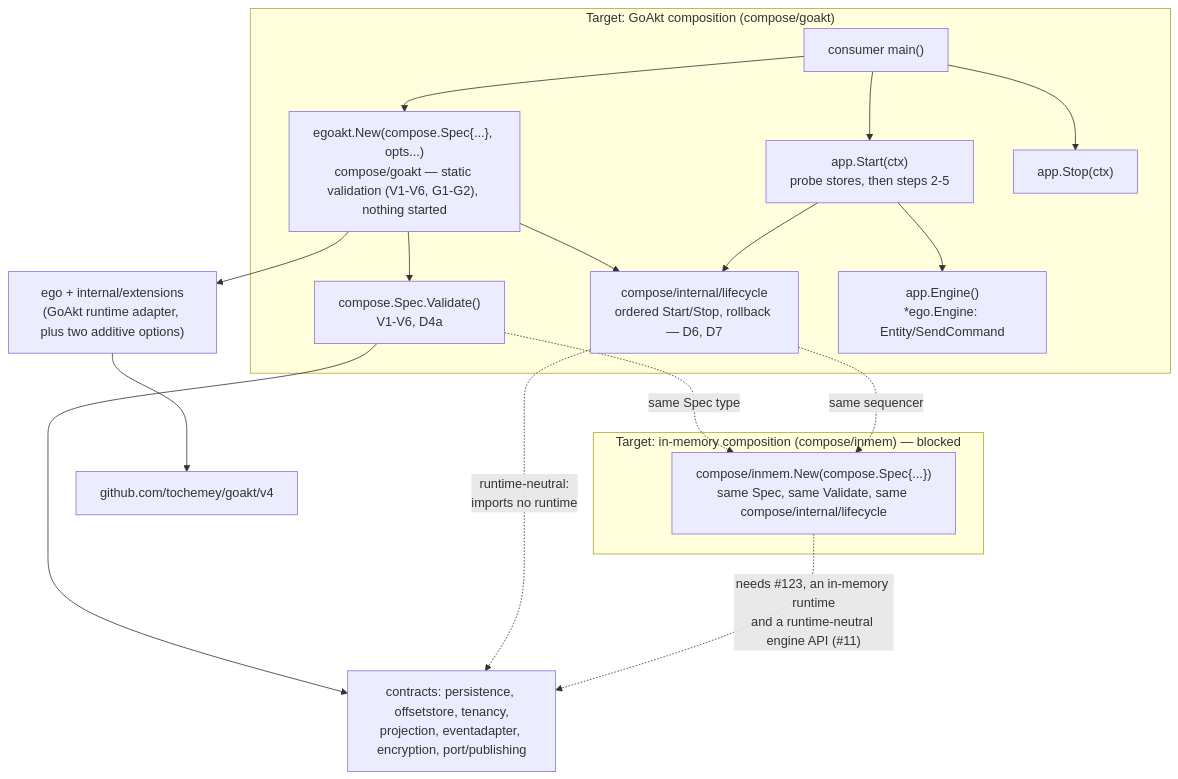
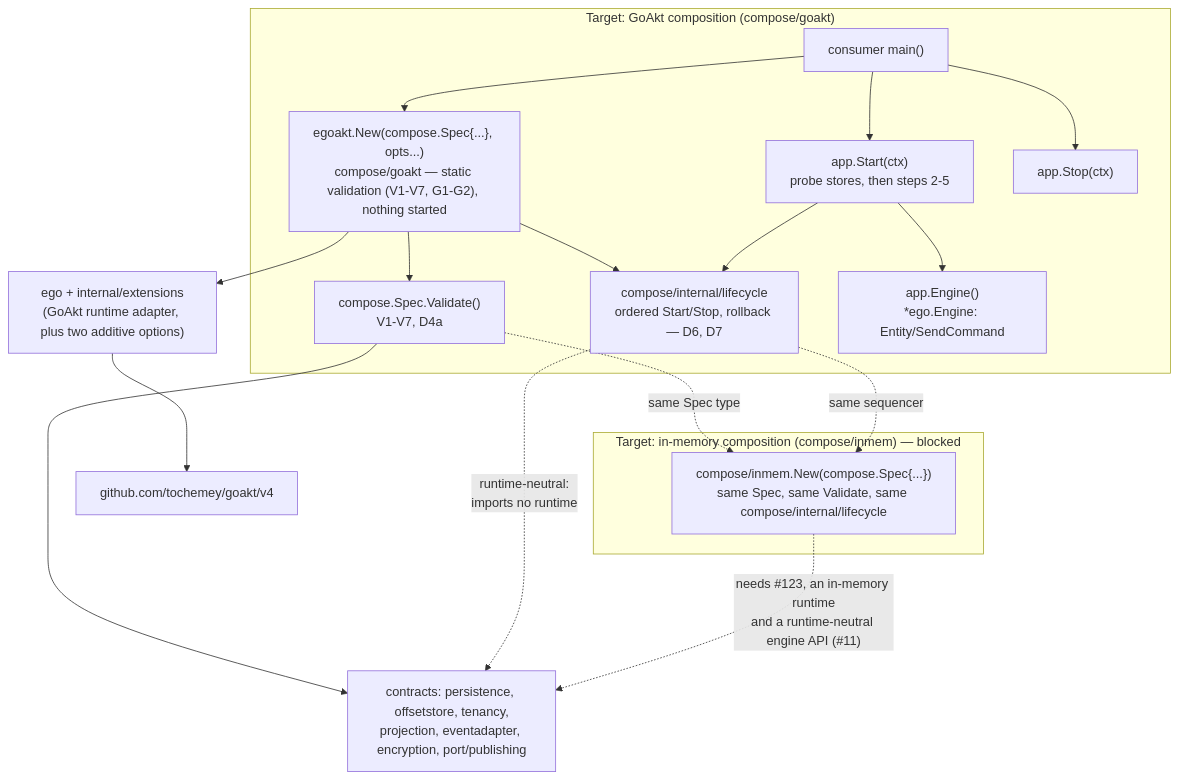
The second of 2 diagrams in openspec/changes/ego-arch-003/design.md (getsyntegrity/ego), drawn with Mermaid before and after one commit. The commit also changed other lines of this file and 1 other file, not shown here.

````diff
--- a/openspec/changes/ego-arch-003/design.md
+++ b/openspec/changes/ego-arch-003/design.md
@@ -204,33 +205,33 @@
 ```mermaid
 flowchart TB
   subgraph target["Target: GoAkt composition (compose/goakt)"]
     main2["consumer main()"]
-    egoakt["egoakt.New(compose.Spec{...}, opts...)<br/>compose/goakt — static validation (V1-V6, G1-G2), nothing started"]
-    specv["compose.Spec.Validate()<br/>V1-V6, D4a"]
+    egoakt["egoakt.New(compose.Spec{...}, opts...)<br/>compose/goakt — static validation (V1-V7, G1-G2), nothing started"]
+    specv["compose.Spec.Validate()<br/>V1-V7, D4a"]
     life["compose/internal/lifecycle<br/>ordered Start/Stop, rollback — D6, D7"]
     app["app.Start(ctx)<br/>probe stores, then steps 2-5"]
     engref["app.Engine()<br/>*ego.Engine: Entity/SendCommand"]
     stopref["app.Stop(ctx)"]
 
     main2 --> egoakt --> specv
     egoakt --> life
     app --> life
     main2 --> app --> engref
     main2 --> stopref
   end
 
   contracts["contracts: persistence, offsetstore, tenancy,<br/>projection, eventadapter, encryption, port/publishing"]
   ego["ego + internal/extensions<br/>(GoAkt runtime adapter, plus two additive options)"]
   goakt["github.com/tochemey/goakt/v4"]
 
   specv --> contracts
   egoakt --> ego --> goakt
   life -.->|"runtime-neutral:<br/>imports no runtime"| contracts
 
   subgraph blocked["Target: in-memory composition (compose/inmem) — blocked"]
     inmem["compose/inmem.New(compose.Spec{...})<br/>same Spec, same Validate, same compose/internal/lifecycle"]
   end
   specv -.->|"same Spec type"| inmem
   life -.->|"same sequencer"| inmem
   inmem -.->|"needs #123, an in-memory runtime<br/>and a runtime-neutral engine API (#11)"| contracts
 ```
````
